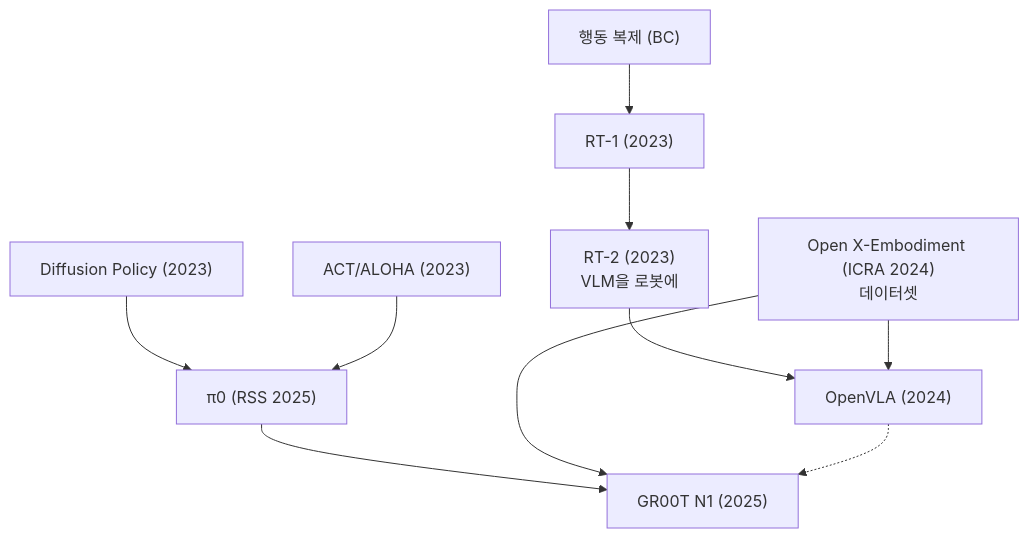
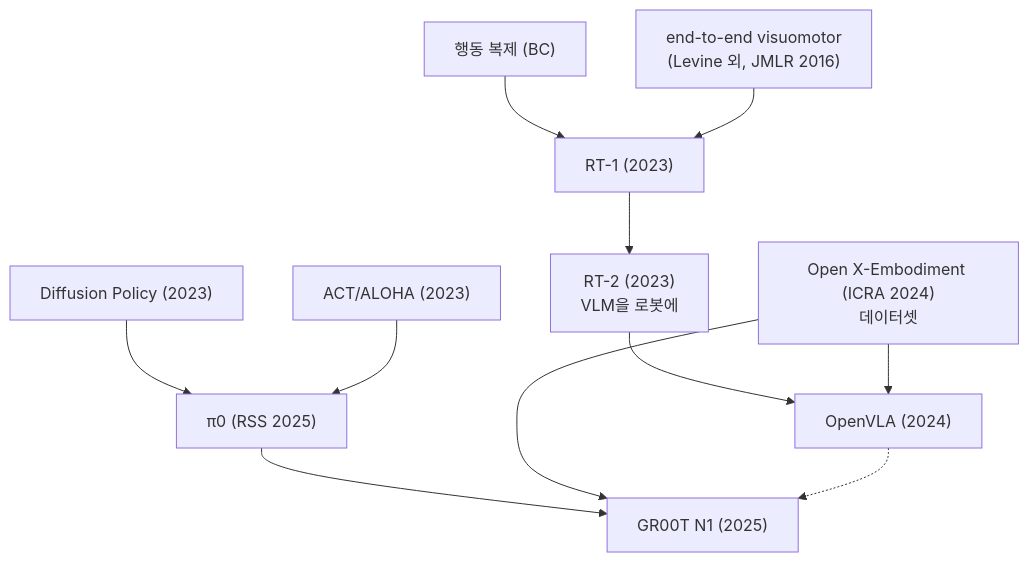
One commit to jiseop-byeon/phd-wiki changed diagram 11 of 12 in content/03-deep-learning/lineage.md. Above: the diagram before and after it, drawn with Mermaid. The commit also changed other lines of this file and 4 other files, not shown here.

````diff
--- a/content/03-deep-learning/lineage.md
+++ b/content/03-deep-learning/lineage.md
@@ -193,12 +194,13 @@
 ```mermaid
 graph TD
     BC["행동 복제 (BC)"] --> RT1["RT-1 (2023)"]
+    E2E["end-to-end visuomotor<br/>(Levine 외, JMLR 2016)"] --> RT1
     RT1 --> RT2["RT-2 (2023)<br/>VLM을 로봇에"]
     DP["Diffusion Policy (2023)"] --> Pi0["π0 (RSS 2025)"]
     ACT["ACT/ALOHA (2023)"] --> Pi0
     RT2 --> OpenVLA["OpenVLA (2024)"]
     OXE["Open X-Embodiment (ICRA 2024)<br/>데이터셋"] --> OpenVLA
     Pi0 --> GR00T["GR00T N1 (2025)"]
     OXE --> GR00T
     OpenVLA -.-> GR00T
 ```
````
